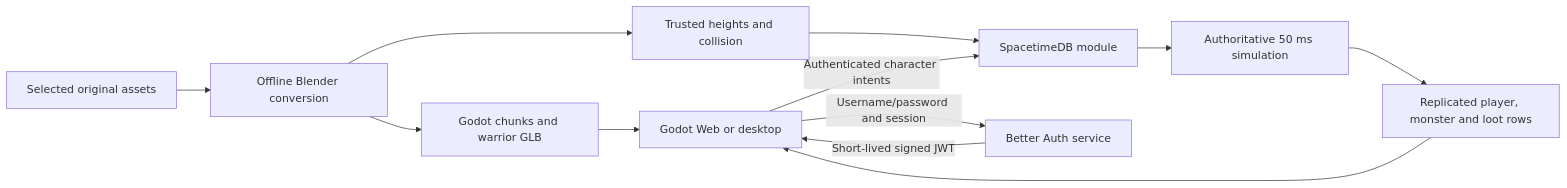
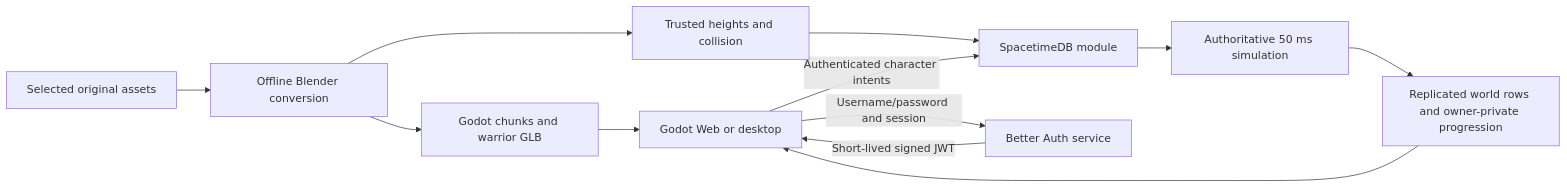
One commit to kcanakdag/metin2-godotime changed the diagram in docs/architecture.md. Above: the diagram before and after it, drawn with Mermaid. The commit also changed other lines of this file and 86 other files, not shown here.

````diff
--- a/docs/architecture.md
+++ b/docs/architecture.md
@@ -9,14 +9,14 @@
 ```mermaid
 flowchart LR
     Source[Selected original assets] --> Blender[Offline Blender conversion]
     Blender --> Visuals[Godot chunks and warrior GLB]
     Blender --> Bake[Trusted heights and collision]
     Bake --> Server[SpacetimeDB module]
     Visuals --> Client[Godot Web or desktop]
     Client -->|Username/password and session| Auth[Better Auth service]
     Auth -->|Short-lived signed JWT| Client
     Client -->|Authenticated character intents| Server
     Server --> Tick[Authoritative 50 ms simulation]
-    Tick --> Tables[Replicated player, monster and loot rows]
+    Tick --> Tables[Replicated world rows and owner-private progression]
     Tables --> Client
 ```
````
